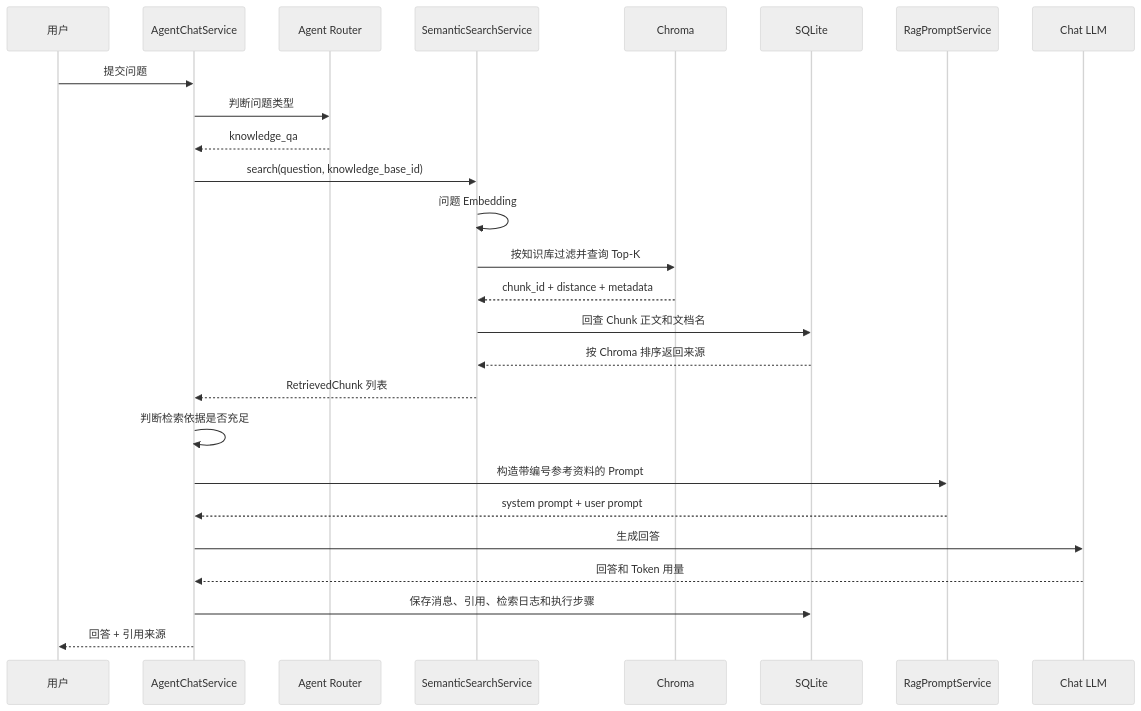
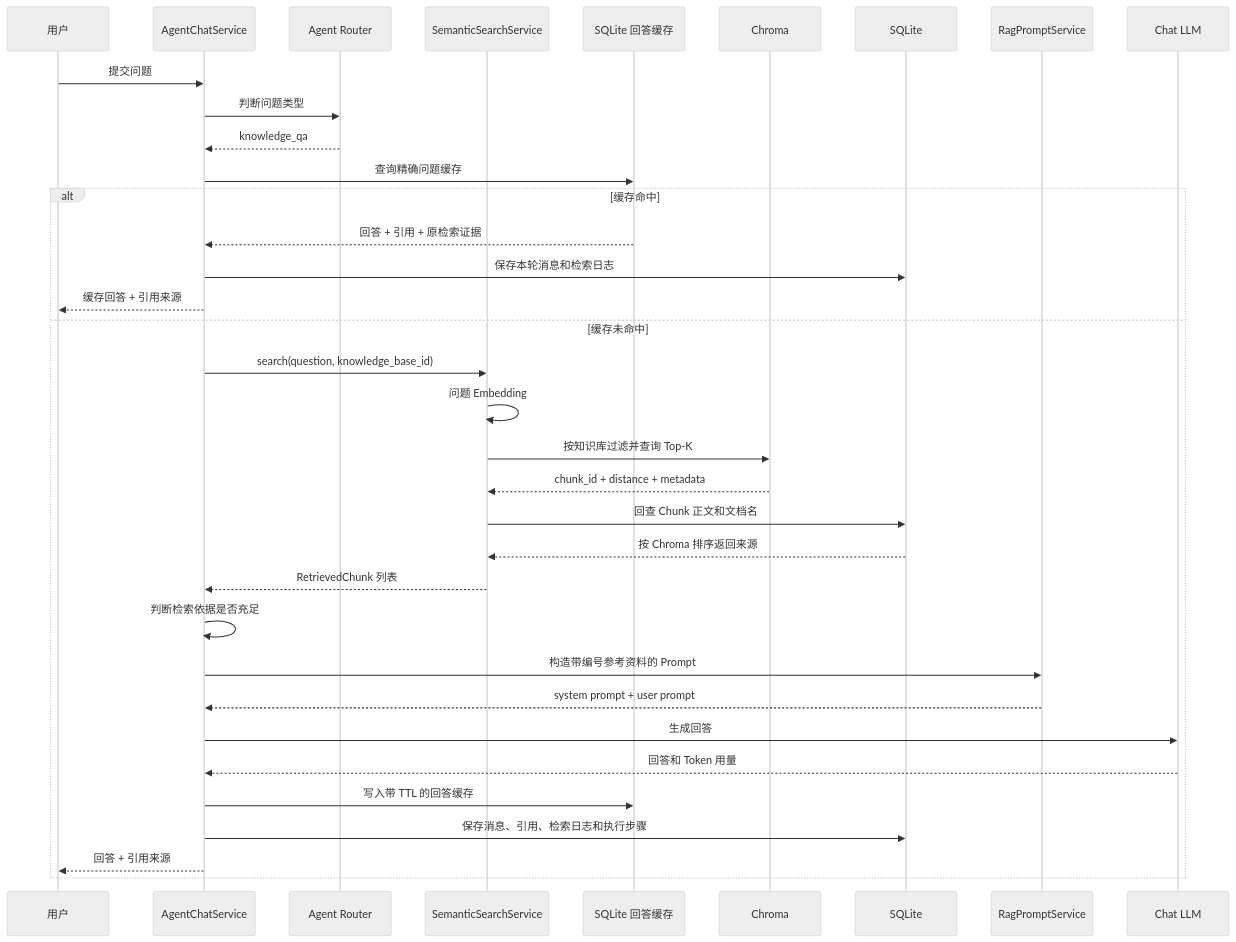
Before and after one commit to dejin-chen/knowflow-ai: the third of 5 diagrams in docs/system_architecture.md, drawn with Mermaid (neutral theme). The commit also changed other lines of this file and 25 other files, not shown here.

````diff
--- a/docs/system_architecture.md
+++ b/docs/system_architecture.md
@@ -133,29 +133,38 @@
 ```mermaid
 sequenceDiagram
     participant U as 用户
     participant A as AgentChatService
     participant R as Agent Router
     participant S as SemanticSearchService
+    participant Cache as SQLite 回答缓存
     participant C as Chroma
     participant DB as SQLite
     participant P as RagPromptService
     participant L as Chat LLM
 
     U->>A: 提交问题
     A->>R: 判断问题类型
     R-->>A: knowledge_qa
+    A->>Cache: 查询精确问题缓存
+    alt 缓存命中
+        Cache-->>A: 回答 + 引用 + 原检索证据
+        A->>DB: 保存本轮消息和检索日志
+        A-->>U: 缓存回答 + 引用来源
+    else 缓存未命中
     A->>S: search(question, knowledge_base_id)
     S->>S: 问题 Embedding
     S->>C: 按知识库过滤并查询 Top-K
     C-->>S: chunk_id + distance + metadata
     S->>DB: 回查 Chunk 正文和文档名
     DB-->>S: 按 Chroma 排序返回来源
     S-->>A: RetrievedChunk 列表
     A->>A: 判断检索依据是否充足
     A->>P: 构造带编号参考资料的 Prompt
     P-->>A: system prompt + user prompt
     A->>L: 生成回答
     L-->>A: 回答和 Token 用量
+    A->>Cache: 写入带 TTL 的回答缓存
     A->>DB: 保存消息、引用、检索日志和执行步骤
     A-->>U: 回答 + 引用来源
+    end
 ```
````
